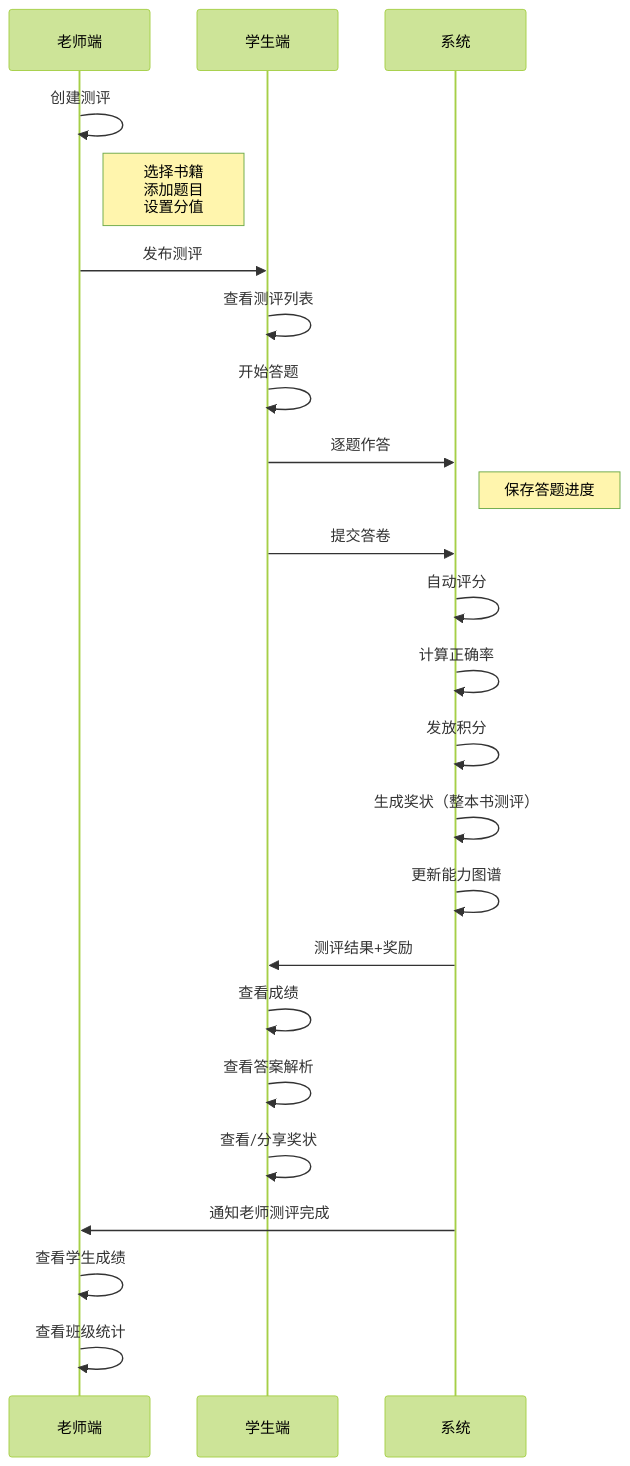
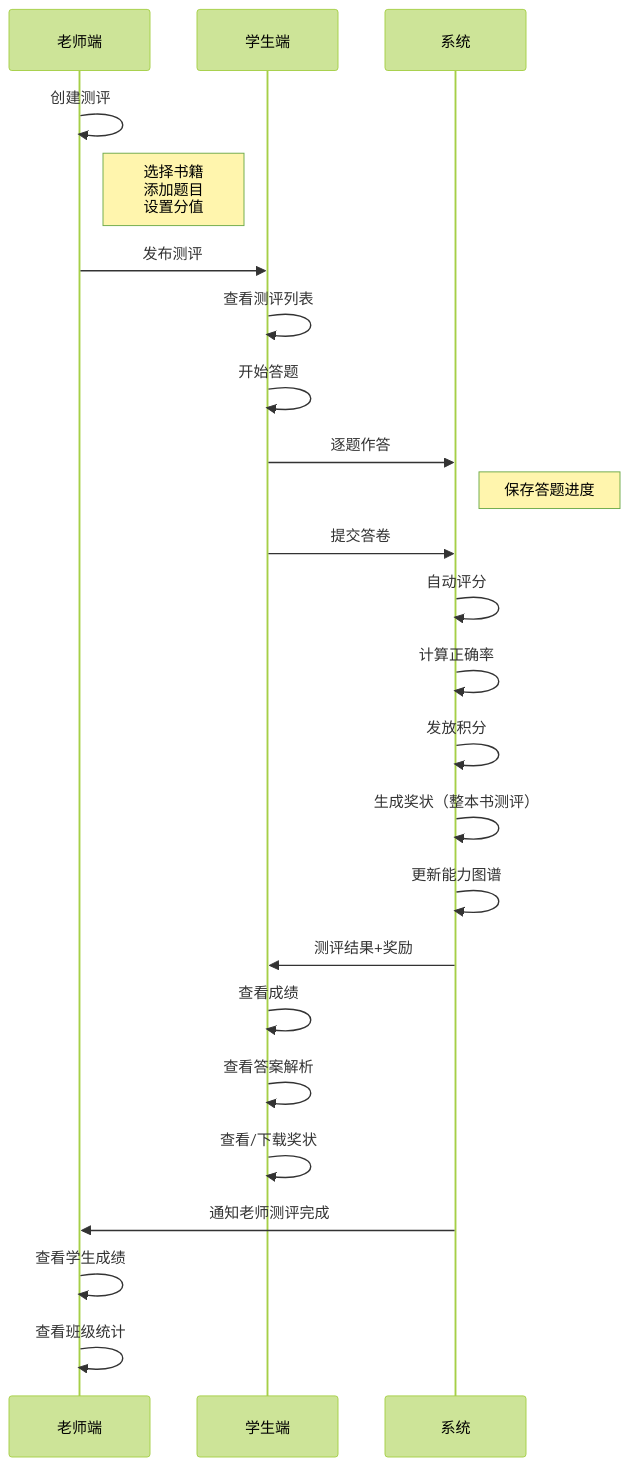
Before and after one commit to 22816523/math-kids: diagram 11 of 18 in 2-AI伴读V1.0/PRD文档/校校读吧学生端PRD_V1.0.md, drawn with Mermaid (forest theme). The commit also changed other lines of this file and 23 other files, not shown here.

First line of the commit message:
优化学生端PRD线框图和界面原型

````diff
--- a/2-AI伴读V1.0/PRD文档/校校读吧学生端PRD_V1.0.md
+++ b/2-AI伴读V1.0/PRD文档/校校读吧学生端PRD_V1.0.md
@@ -709,33 +739,33 @@
 ```mermaid
 sequenceDiagram
     participant Teacher as 老师端
     participant Student as 学生端
     participant System as 系统
 
     Teacher->>Teacher: 创建测评
     Note right of Teacher: 选择书籍<br/>添加题目<br/>设置分值
     Teacher->>Student: 发布测评
 
     Student->>Student: 查看测评列表
     Student->>Student: 开始答题
     Student->>System: 逐题作答
     Note right of System: 保存答题进度
 
     Student->>System: 提交答卷
 
     System->>System: 自动评分
     System->>System: 计算正确率
     System->>System: 发放积分
     System->>System: 生成奖状（整本书测评）
     System->>System: 更新能力图谱
 
     System->>Student: 测评结果+奖励
 
     Student->>Student: 查看成绩
     Student->>Student: 查看答案解析
-    Student->>Student: 查看/分享奖状
+    Student->>Student: 查看/下载奖状
 
     System->>Teacher: 通知老师测评完成
     Teacher->>Teacher: 查看学生成绩
     Teacher->>Teacher: 查看班级统计
 ```
````
